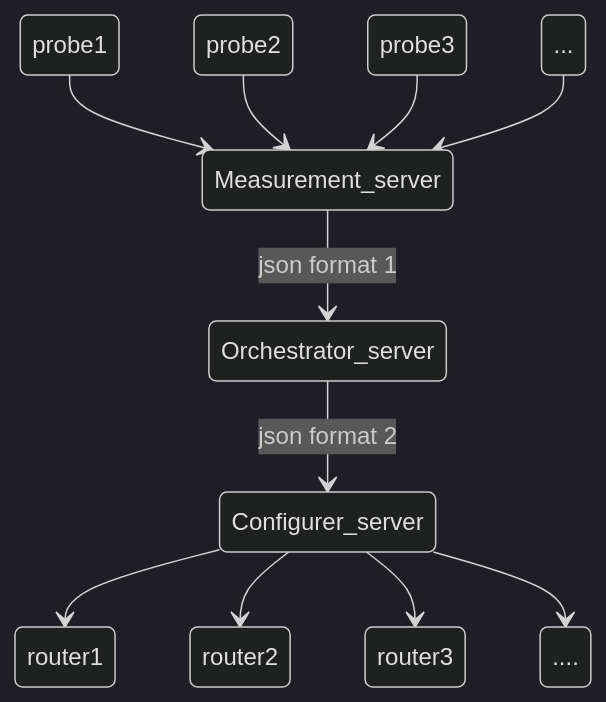
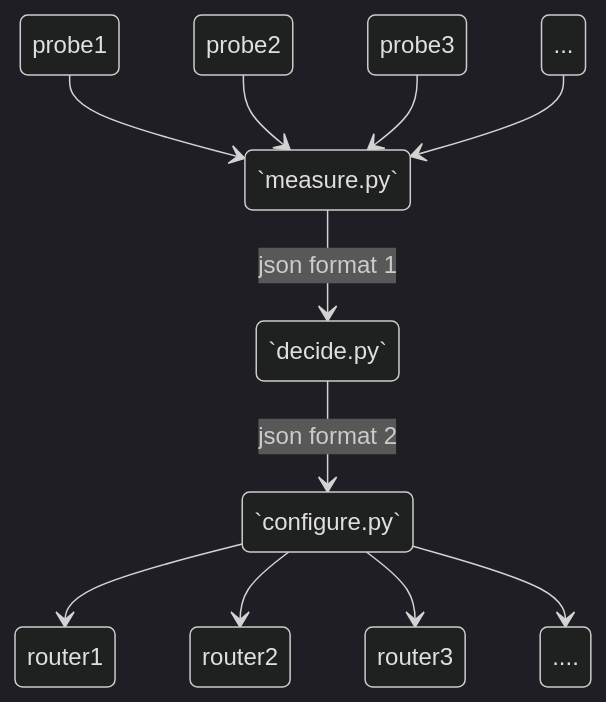
One commit to polorados/projet_orchestrateur changed the diagram in README.md. Above: the diagram before and after it, drawn with Mermaid (dark theme). The commit also changed other lines of this file, not shown here.

Commit message:
add of scenari to guide our project

````diff
--- a/README.md
+++ b/README.md
@@ -15,13 +15,13 @@
 ```mermaid
 stateDiagram-v2
-probe1 --> Measurement_server
-probe2 --> Measurement_server
-probe3 --> Measurement_server
-... --> Measurement_server
-Measurement_server --> Orchestrator_server : json format 1
-Orchestrator_server --> Configurer_server : json format 2
-Configurer_server --> router1
-Configurer_server --> router2
-Configurer_server --> router3
-Configurer_server --> ....
+probe1 --> `measure.py`
+probe2 --> `measure.py`
+probe3 --> `measure.py`
+... --> `measure.py`
+`measure.py` --> `decide.py` : json format 1
+`decide.py` --> `configure.py` : json format 2
+`configure.py` --> router1
+`configure.py` --> router2
+`configure.py` --> router3
+`configure.py` --> ....
 ```
````
